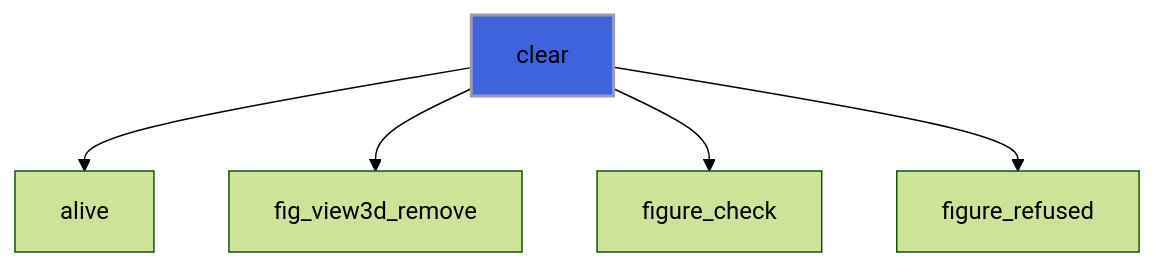
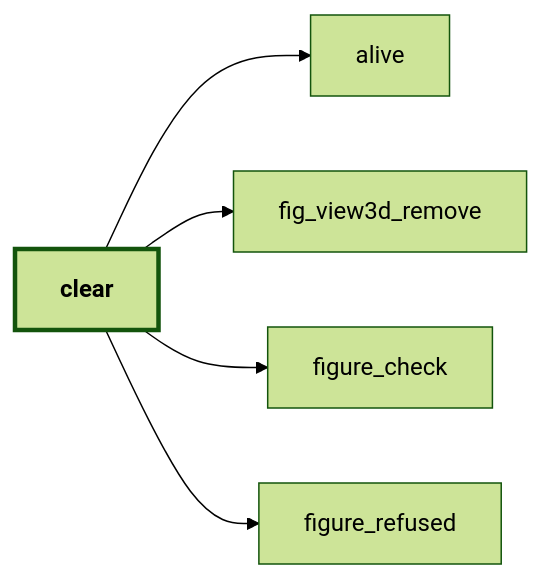
One commit to szaghi/figure changed the sixth of 39 diagrams in docs/api/src/lib/figure_view3d.md. Above: the diagram before and after it, drawn with Mermaid (forest theme). The commit also changed other lines of this file and 54 other files, not shown here.

````diff
--- a/docs/api/src/lib/figure_view3d.md
+++ b/docs/api/src/lib/figure_view3d.md
@@ -342,8 +396,13 @@
 ```mermaid
-flowchart TD
+flowchart LR
   clear["clear"] --> alive["alive"]
   clear["clear"] --> fig_view3d_remove["fig_view3d_remove"]
   clear["clear"] --> figure_check["figure_check"]
   clear["clear"] --> figure_refused["figure_refused"]
-  style clear fill:#3e63dd,stroke:#99b,stroke-width:2px
+  classDef focus stroke-width:3px,font-weight:bold
+  class clear focus
+  click figure_refused href "figure_base.html#figure-refused" "figure_refused"
+  click alive href "#alive" "alive"
+  click figure_check href "figure_base.html#figure-check" "figure_check"
+  click fig_view3d_remove href "#fig-view3d-remove" "fig_view3d_remove"
 ```
````
